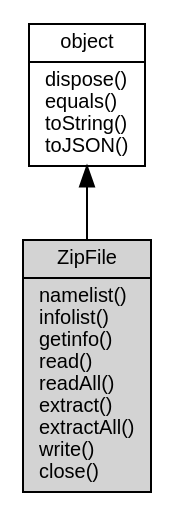
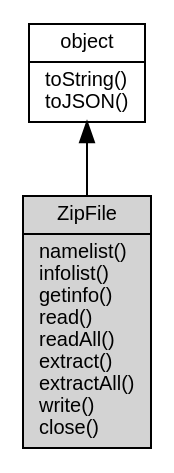
One commit to asionius/fibjs-ceph changed the diagram in docs/object/ifs/ZipFile.md. Above: the diagram before and after it, drawn with Graphviz. The commit also changed other lines of this file and 138 other files, not shown here.

````diff
--- a/docs/object/ifs/ZipFile.md
+++ b/docs/object/ifs/ZipFile.md
@@ -5,10 +5,10 @@
 ```dot
 digraph {
     node [fontname="Helvetica,sans-Serif", fontsize=10, shape="record", style="filled", fillcolor="white"];
 
-    object [tooltip="object", URL="object.md", label="{object|dispose()\lequals()\ltoString()\ltoJSON()\l}"];
-    ZipFile [tooltip="ZipFile", fillcolor="lightgray", label="{ZipFile|namelist()\linfolist()\lgetinfo()\lread()\lreadAll()\lextract()\lextractAll()\lwrite()\lclose()\l}"];
+    object [tooltip="object", URL="object.md", label="{object|toString()\ltoJSON()\l}"];
+    ZipFile [tooltip="ZipFile", fillcolor="lightgray", id="me", label="{ZipFile|namelist()\linfolist()\lgetinfo()\lread()\lreadAll()\lextract()\lextractAll()\lwrite()\lclose()\l}"];
 
     object -> ZipFile [dir=back];
 }
 ```
````
